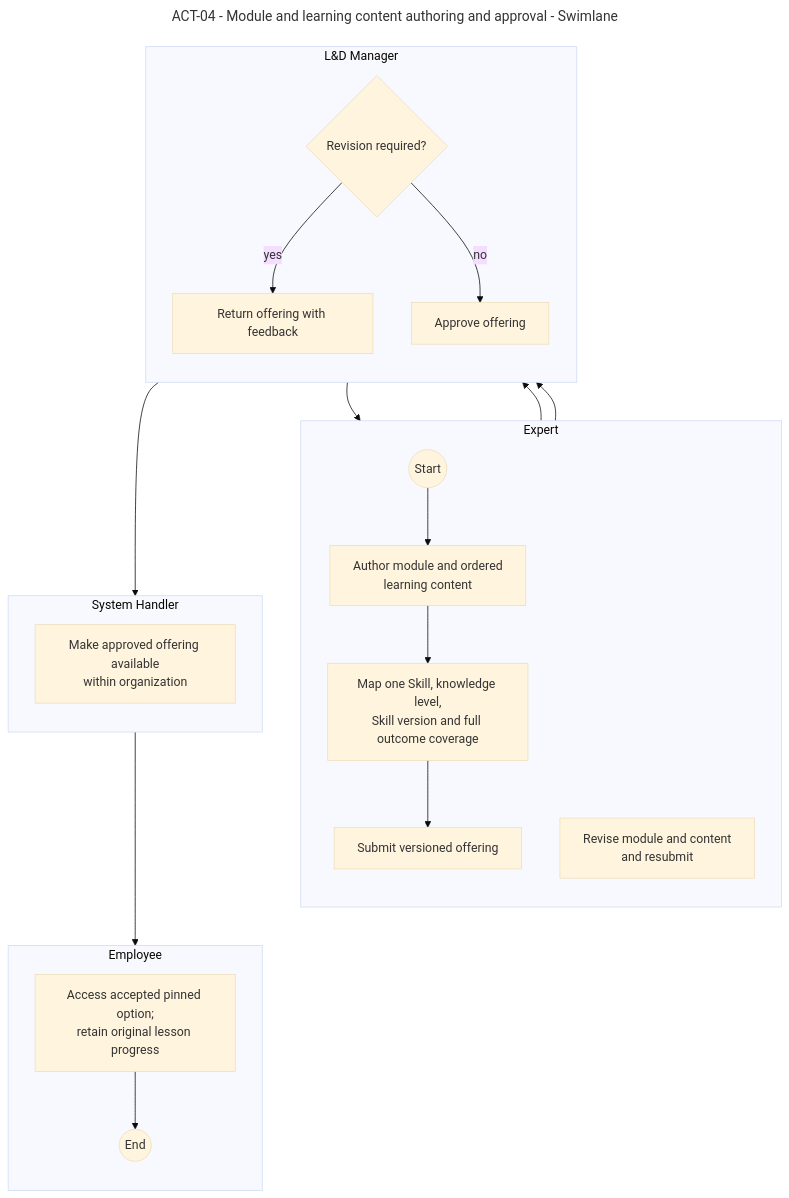
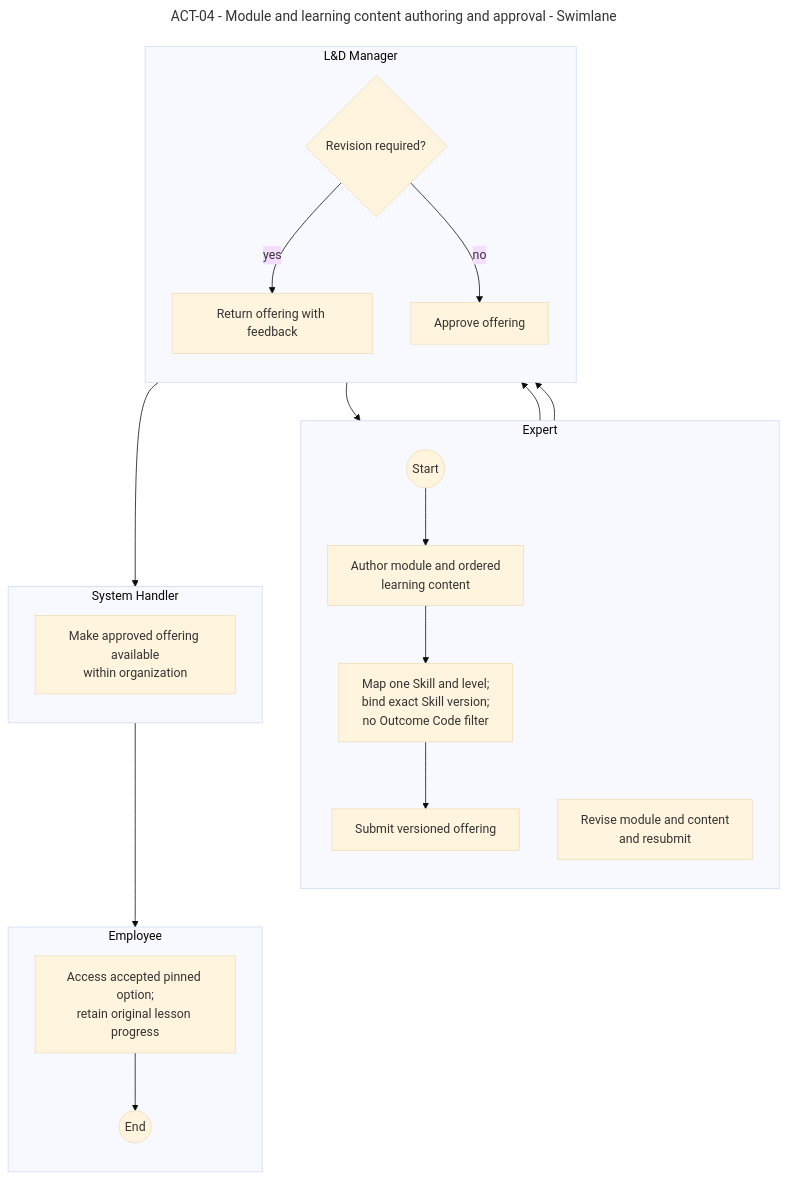
The diagram in documents/diagrams/mermaid/swimlanes/act-04.mmd (SEP490-Fall-2026-GFA26SE64/SEP490), drawn with Mermaid before and after one commit. The commit also changed 136 other files, not shown here.

```diff
--- a/documents/diagrams/mermaid/swimlanes/act-04.mmd
+++ b/documents/diagrams/mermaid/swimlanes/act-04.mmd
@@ -1,41 +1,41 @@
 ---
 title: "ACT-04 - Module and learning content authoring and approval - Swimlane"
 config: {theme: base, look: classic, flowchart: {htmlLabels: true}}
 ---
 flowchart TD
   subgraph Actor0["Expert"]
     direction TB
     SRS_ACT_04_N1(("Start"))
     SRS_ACT_04_N2["Author module and ordered<br/>learning content"]
-    SRS_ACT_04_N3["Map one Skill, knowledge level,<br/>Skill version and full outcome coverage"]
+    SRS_ACT_04_N3["Map one Skill and level;<br/>bind exact Skill version;<br/>no Outcome Code filter"]
     SRS_ACT_04_N4["Submit versioned offering"]
     SRS_ACT_04_N7["Revise module and content<br/>and resubmit"]
   end
   subgraph Actor1["L&amp;D Manager"]
     direction TB
     SRS_ACT_04_N5{"Revision required?"}
     SRS_ACT_04_N6["Return offering with feedback"]
     SRS_ACT_04_N8["Approve offering"]
   end
   subgraph Actor2["System Handler"]
     direction TB
     SRS_ACT_04_N9["Make approved offering available<br/>within organization"]
   end
   subgraph Actor3["Employee"]
     direction TB
     SRS_ACT_04_N10["Access accepted pinned option;<br/>retain original lesson progress"]
     SRS_ACT_04_N11(("End"))
   end
   SRS_ACT_04_N1 --> SRS_ACT_04_N2
   SRS_ACT_04_N2 --> SRS_ACT_04_N3
   SRS_ACT_04_N3 --> SRS_ACT_04_N4
   SRS_ACT_04_N4 --> SRS_ACT_04_N5
   SRS_ACT_04_N5 -->|"yes"| SRS_ACT_04_N6
   SRS_ACT_04_N6 --> SRS_ACT_04_N7
   SRS_ACT_04_N7 --> SRS_ACT_04_N5
   SRS_ACT_04_N5 -->|"no"| SRS_ACT_04_N8
   SRS_ACT_04_N8 --> SRS_ACT_04_N9
   SRS_ACT_04_N9 --> SRS_ACT_04_N10
   SRS_ACT_04_N10 --> SRS_ACT_04_N11
 
   %% Fixed actor-column layout is exported by render-business-swimlanes.cjs.
```
